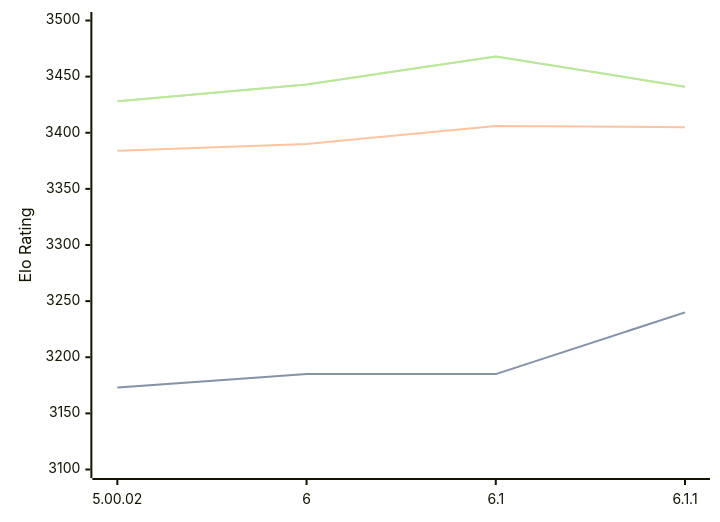
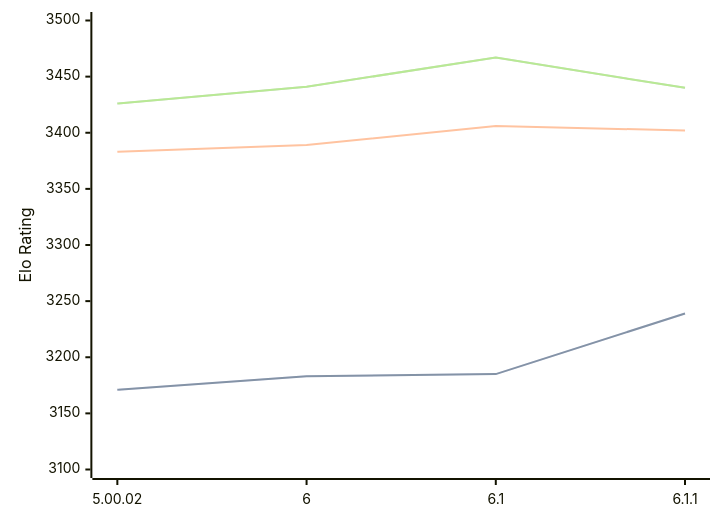
One commit to computer-chess-index/cci changed the diagram in engines/Zangdar.md. Above: the diagram before and after it, drawn with Mermaid. The commit also changed other lines of this file, not shown here.

Commit message:
Update CCI Ratings (ELO VLTC) - 2026-03-12

````diff
--- a/engines/Zangdar.md
+++ b/engines/Zangdar.md
@@ -44,11 +44,11 @@
 ```mermaid
 %%{init: {"theme":"base","themeVariables":{"seriesColors:['#a3a3a3','#222221','#faa371']}}}%%
 xychart-beta
   x-axis ["5.00.02", "6", "6.1", "6.1.1"]
   y-axis "Elo Rating" 3100 --> 3500
-  line "STC (8.0+0.08s)" [3173, 3185, 3185, 3240]
-  line "STC (8.0+0.08s)" [3173, 3185, 3185, 3240]
-  line "LTC (60.0+0.60s)" [3384, 3390, 3406, 3405]
-  line "VLTC (2m24s+1.12s)" [3428, 3443, 3468, 3441]
-  line "VLTC (2m24s+1.12s)" [3428, 3443, 3468, 3441]
+  line "STC (8.0+0.08s)" [3171, 3183, 3185, 3239]
+  line "STC (8.0+0.08s)" [3171, 3183, 3185, 3239]
+  line "LTC (60.0+0.60s)" [3383, 3389, 3406, 3402]
+  line "VLTC (2m24s+1.12s)" [3426, 3441, 3467, 3440]
+  line "VLTC (2m24s+1.12s)" [3426, 3441, 3467, 3440]
 ```
````
